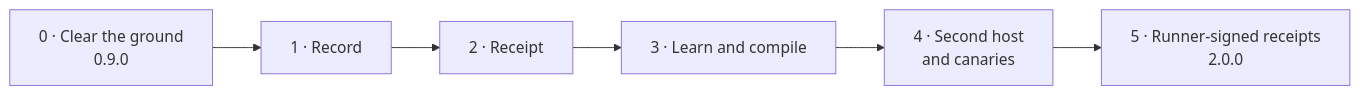
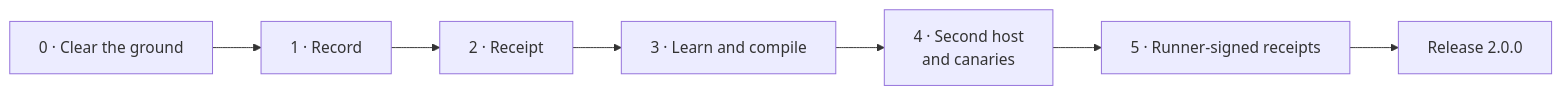
The third of 3 diagrams in docs/PLAN.md (IrgenSlj/agora), drawn with Mermaid before and after one commit. The commit also changed other lines of this file and 13 other files, not shown here.

````diff
--- a/docs/PLAN.md
+++ b/docs/PLAN.md
@@ -177,4 +181,4 @@
 ```mermaid
 flowchart LR
-  P0[0 · Clear the ground<br/>0.9.0] --> P1[1 · Record] --> P2[2 · Receipt] --> P3[3 · Learn and compile] --> P4[4 · Second host<br/>and canaries] --> P5[5 · Runner-signed receipts<br/>2.0.0]
+  P0[0 · Clear the ground] --> P1[1 · Record] --> P2[2 · Receipt] --> P3[3 · Learn and compile] --> P4[4 · Second host<br/>and canaries] --> P5[5 · Runner-signed receipts] --> R[Release 2.0.0]
 ```
````
